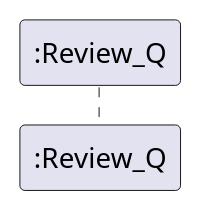
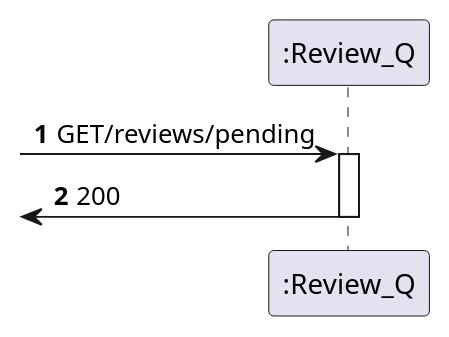
Before and after one commit to 1201441BrunoPereira/Trabalho2Reviews: the diagram in Review1_Q/Documentação/N2/GetPendingReviews.puml, drawn with PlantUML. The commit also changed 29 other files, not shown here.

Commit message:
Diagramas Trabalho 3

```diff
--- a/Review1_Q/Documentação/N2/GetPendingReviews.puml
+++ b/Review1_Q/Documentação/N2/GetPendingReviews.puml
@@ -1,11 +1,15 @@
 @startuml
 'https://plantuml.com/sequence-diagram
 
 autonumber
 
-autoactivate on
 autonumber
 
 participant ":Review_Q" as rev
 
+-> rev: GET/reviews/pending
+activate rev
+[<- rev: 200
+deactivate rev
+
 @enduml
```
